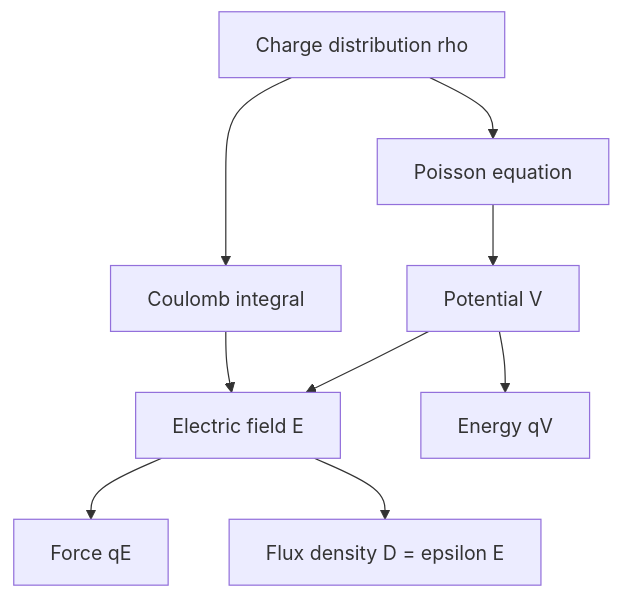
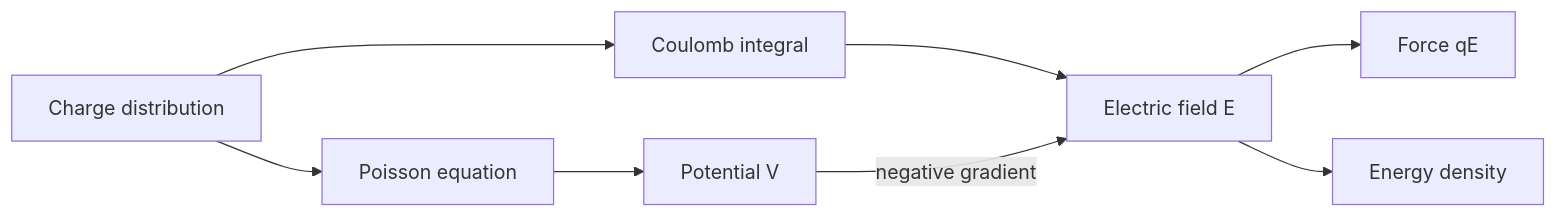
Before and after one commit to justinbrianhwang/SJ-wiki: the diagram in docs/physics/electromagnetics/electrostatic-fields-and-potential.md, drawn with Mermaid. The commit also changed other lines of this file and 166 other files, not shown here.

````diff
--- a/docs/physics/electromagnetics/electrostatic-fields-and-potential.md
+++ b/docs/physics/electromagnetics/electrostatic-fields-and-potential.md
@@ -136,11 +183,10 @@
 ```mermaid
-flowchart TD
-  A[Charge distribution rho] --> B[Coulomb integral]
-  A --> C[Poisson equation]
-  B --> D[Electric field E]
-  C --> E[Potential V]
-  E --> D
-  D --> F[Force qE]
-  D --> G["Flux density D = epsilon E"]
-  E --> H[Energy qV]
+flowchart LR
+  A["Charge distribution"] --> B["Coulomb integral"]
+  A --> C["Poisson equation"]
+  B --> D["Electric field E"]
+  C --> E["Potential V"]
+  E -->|"negative gradient"| D
+  D --> F["Force qE"]
+  D --> G["Energy density"]
 ```
````
